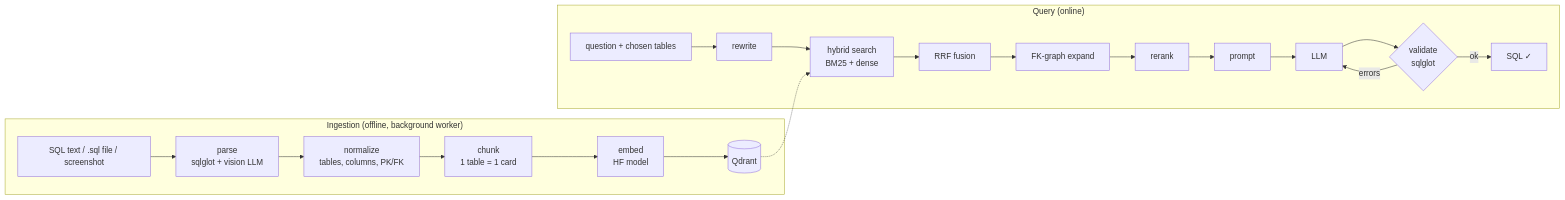
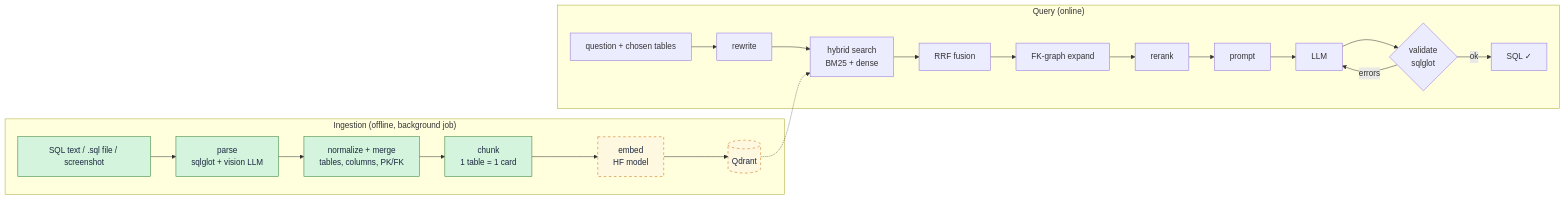
The ninth of 10 diagrams in README.md (TanmayDeshpande29/AI-powered-SQL-Assistant), drawn with Mermaid before and after one commit. The commit also changed other lines of this file and 48 other files, not shown here.

First line of the commit message:
Phase 2: schema ingestion (SQL text, .sql files, screenshots -> normalized schema)

````diff
--- a/README.md
+++ b/README.md
@@ -229,23 +329,26 @@
 ```mermaid
 flowchart LR
-    subgraph Ingestion["Ingestion (offline, background worker)"]
-        IN["SQL text / .sql file / screenshot"] --> PA["parse<br/>sqlglot + vision LLM"]
-        PA --> NO["normalize<br/>tables, columns, PK/FK"]
-        NO --> CH["chunk<br/>1 table = 1 card"]
-        CH --> EM["embed<br/>HF model"]
-        EM --> QD[("Qdrant")]
+    subgraph Ingestion["Ingestion (offline, background job)"]
+        IN["SQL text / .sql file / screenshot"]:::built --> PA["parse<br/>sqlglot + vision LLM"]:::built
+        PA --> NO["normalize + merge<br/>tables, columns, PK/FK"]:::built
+        NO --> CH["chunk<br/>1 table = 1 card"]:::built
+        CH --> EM["embed<br/>HF model"]:::planned
+        EM --> QD[("Qdrant")]:::planned
     end
     subgraph Query["Query (online)"]
         Q["question + chosen tables"] --> RW["rewrite"]
         RW --> HY["hybrid search<br/>BM25 + dense"]
         HY --> RRF["RRF fusion"]
         RRF --> FK["FK-graph expand"]
         FK --> RR["rerank"]
         RR --> PR["prompt"]
         PR --> G["LLM"]
         G --> V{"validate<br/>sqlglot"}
         V -->|errors| G
         V -->|ok| OUT["SQL ✓"]
     end
     QD -.-> HY
+
+    classDef built fill:#d4f4dd,stroke:#2e7d32,color:#1b2740
+    classDef planned fill:#fff8e1,stroke:#c96a00,stroke-dasharray:5 5,color:#1b2740
 ```
````
